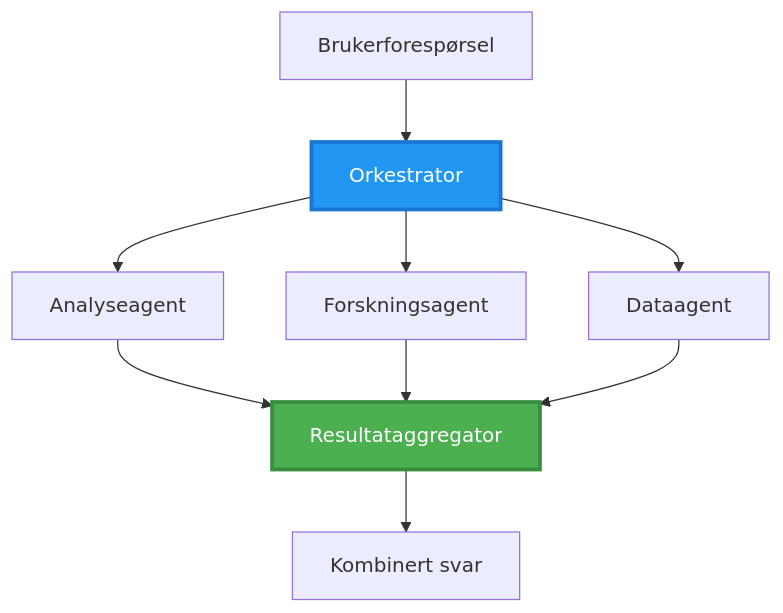
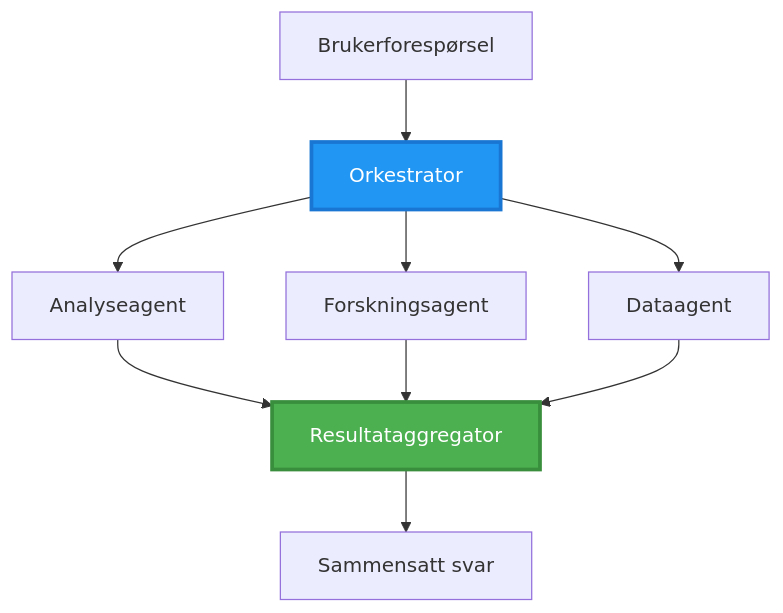
The second of 6 diagrams in translations/no/docs/chapter-06-pre-deployment/coordination-patterns.md (microsoft/AZD-for-beginners), drawn with Mermaid before and after one commit. The commit also changed other lines of this file and 101 other files, not shown here.

````diff
--- a/translations/no/docs/chapter-06-pre-deployment/coordination-patterns.md
+++ b/translations/no/docs/chapter-06-pre-deployment/coordination-patterns.md
@@ -106,22 +100,22 @@
 ```mermaid
 graph TB
     User[Brukerforespørsel]
     Orchestrator[Orkestrator]
     Agent1[Analyseagent]
     Agent2[Forskningsagent]
     Agent3[Dataagent]
     Aggregator[Resultataggregator]
-    Response[Kombinert svar]
+    Response[Sammensatt svar]
     
     User --> Orchestrator
     Orchestrator --> Agent1
     Orchestrator --> Agent2
     Orchestrator --> Agent3
     Agent1 --> Aggregator
     Agent2 --> Aggregator
     Agent3 --> Aggregator
     Aggregator --> Response
     
     style Orchestrator fill:#2196F3,stroke:#1976D2,stroke-width:3px,color:#fff
     style Aggregator fill:#4CAF50,stroke:#388E3C,stroke-width:3px,color:#fff
 ```
````
